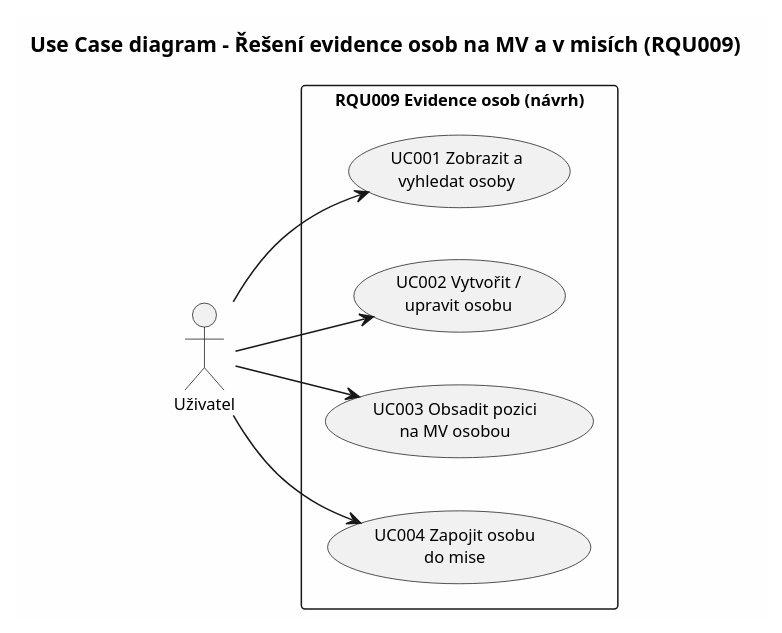
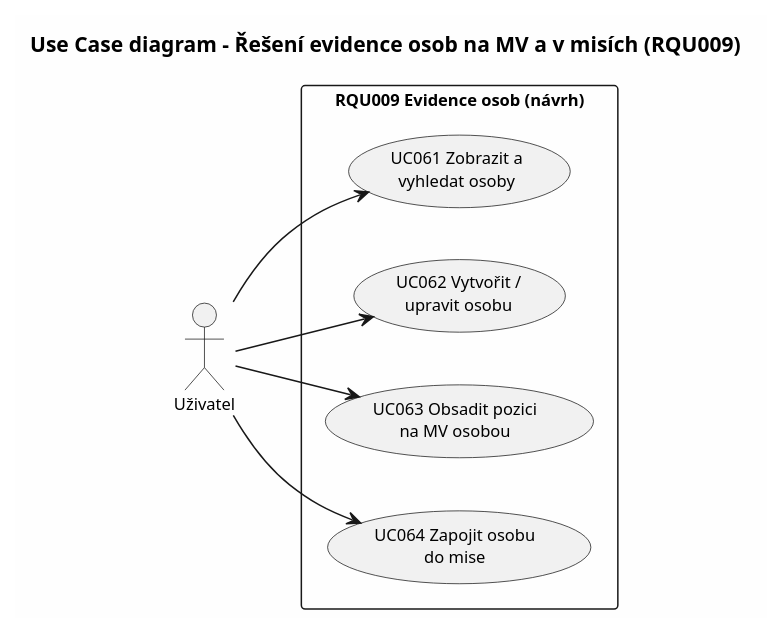
The diagram in c3hub/RQU009 - Řešení evidence osob na MV a v misích/analyza-md/diagrams/uc_diagram.puml (pvratny-droid/app.pvklok.eu), drawn with PlantUML before and after one commit. The commit also changed 197 other files, not shown here.

```diff
--- a/c3hub/RQU009 - Řešení evidence osob na MV a v misích/analyza-md/diagrams/uc_diagram.puml
+++ b/c3hub/RQU009 - Řešení evidence osob na MV a v misích/analyza-md/diagrams/uc_diagram.puml
@@ -1,23 +1,23 @@
 @startuml UC_diagram
 skinparam defaultFontName "Segoe UI"
 skinparam defaultFontSize 11
 skinparam backgroundColor #FEFEFE
 left to right direction
 
 title Use Case diagram – Řešení evidence osob na MV a v misích (RQU009)
 
 actor "Uživatel" as U
 
 rectangle "RQU009 Evidence osob (návrh)" {
-    usecase "UC001 Zobrazit a\nvyhledat osoby" as UC001
-    usecase "UC002 Vytvořit /\nupravit osobu" as UC002
-    usecase "UC003 Obsadit pozici\nna MV osobou" as UC003
-    usecase "UC004 Zapojit osobu\ndo mise" as UC004
+    usecase "UC061 Zobrazit a\nvyhledat osoby" as UC061
+    usecase "UC062 Vytvořit /\nupravit osobu" as UC062
+    usecase "UC063 Obsadit pozici\nna MV osobou" as UC063
+    usecase "UC064 Zapojit osobu\ndo mise" as UC064
 }
 
-U --> UC001
-U --> UC002
-U --> UC003
-U --> UC004
+U --> UC061
+U --> UC062
+U --> UC063
+U --> UC064
 
 @enduml
```
